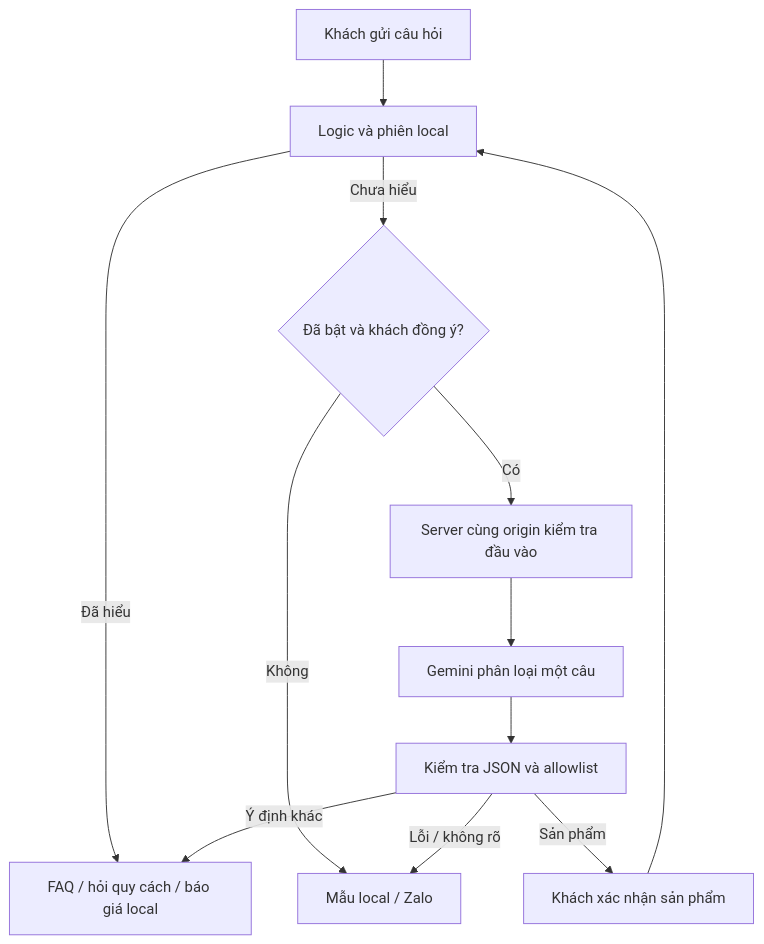
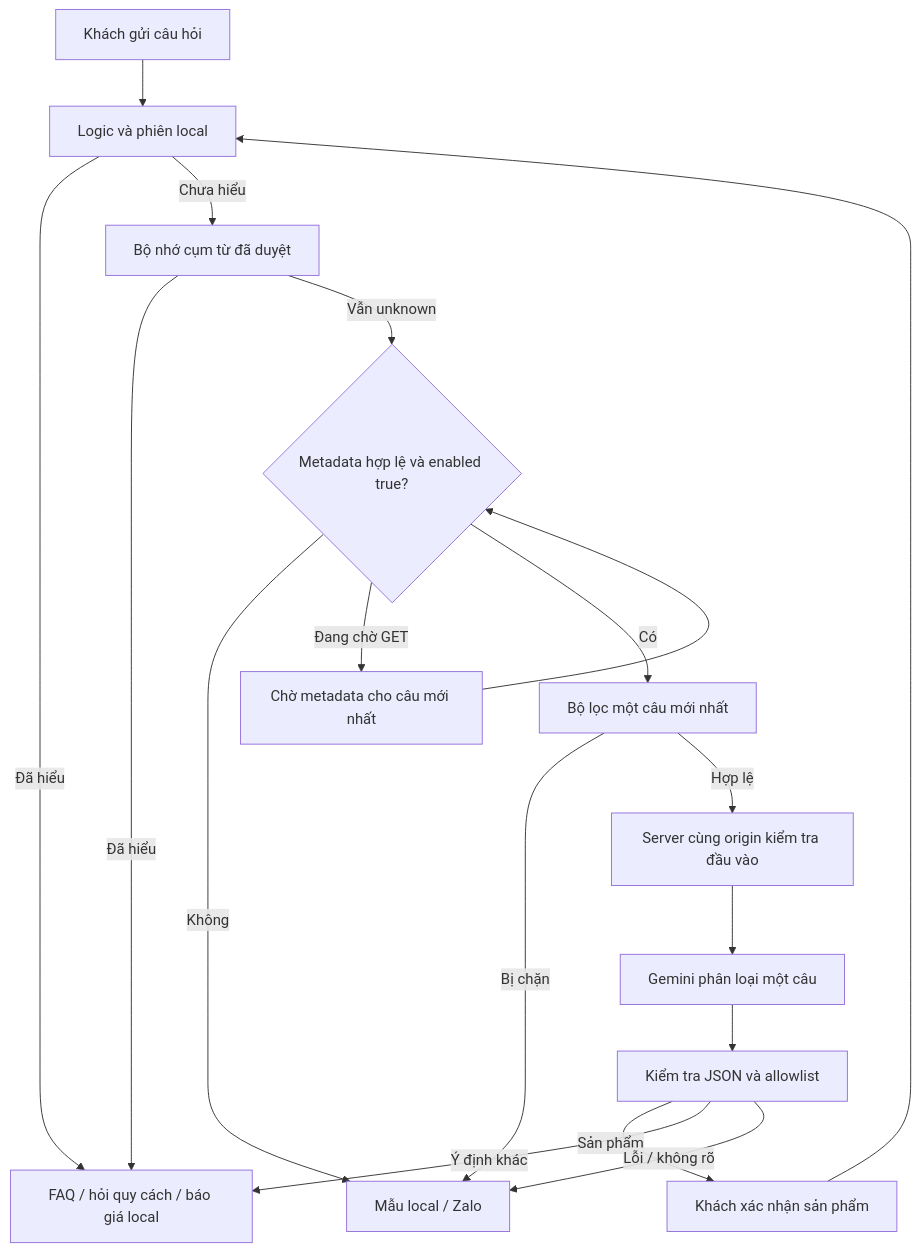
One commit to Phanloc31012002/test-mam changed the diagram in docs/llm-adapter.md. Above: the diagram before and after it, drawn with Mermaid. The commit also changed other lines of this file and 13 other files, not shown here.

````diff
--- a/docs/llm-adapter.md
+++ b/docs/llm-adapter.md
@@ -7,14 +9,20 @@
 ```mermaid
 flowchart TD
   Q[Khách gửi câu hỏi] --> L[Logic và phiên local]
   L -->|Đã hiểu| A[FAQ / hỏi quy cách / báo giá local]
-  L -->|Chưa hiểu| C{Đã bật và khách đồng ý?}
+  L -->|Chưa hiểu| B[Bộ nhớ cụm từ đã duyệt]
+  B -->|Đã hiểu| A
+  B -->|Vẫn unknown| C{Metadata hợp lệ và enabled true?}
   C -->|Không| F[Mẫu local / Zalo]
-  C -->|Có| S[Server cùng origin kiểm tra đầu vào]
+  C -->|Đang chờ GET| W[Chờ metadata cho câu mới nhất]
+  W --> C
+  C -->|Có| R[Bộ lọc một câu mới nhất]
+  R -->|Bị chặn| F
+  R -->|Hợp lệ| S[Server cùng origin kiểm tra đầu vào]
   S --> M[Gemini phân loại một câu]
   M --> V[Kiểm tra JSON và allowlist]
   V -->|Sản phẩm| P[Khách xác nhận sản phẩm]
   P --> L
   V -->|Ý định khác| A
   V -->|Lỗi / không rõ| F
 ```
````
